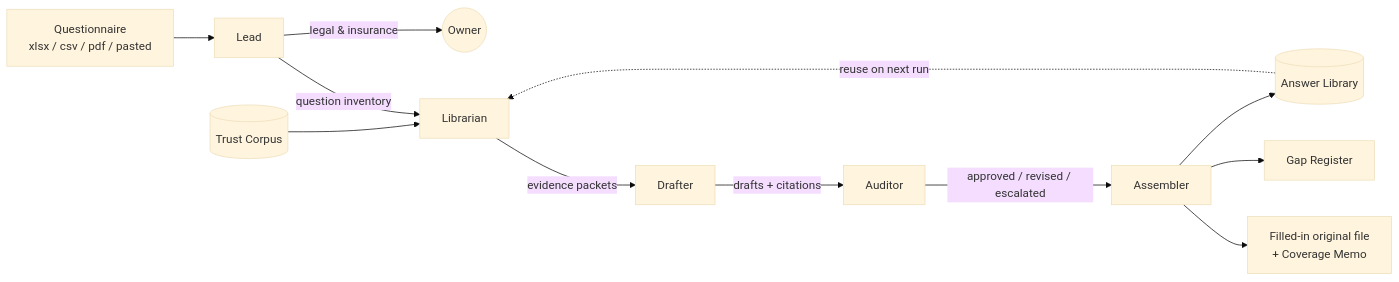
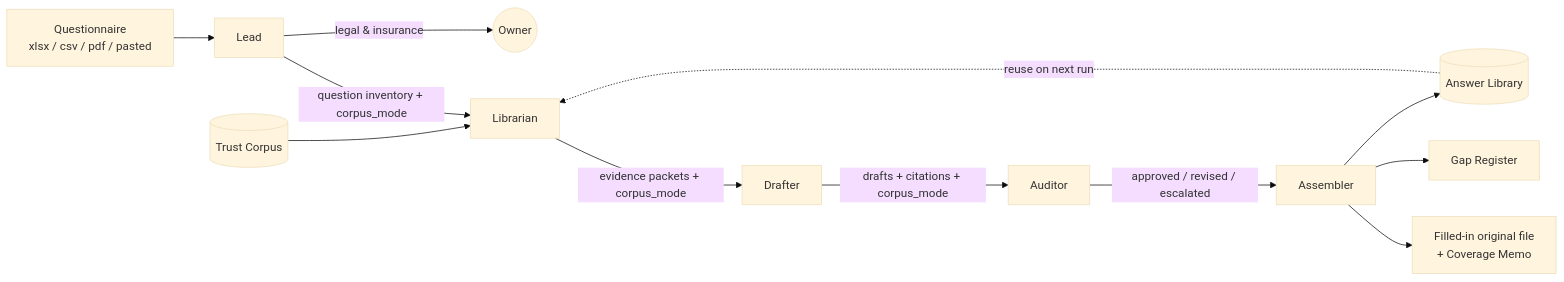
The diagram in agents/README.md (Spiff2600/TrustDeck), drawn with Mermaid (base theme) before and after one commit. The commit also changed other lines of this file and 4 other files, not shown here.

Commit message:
corpus_mode guard: live|demo flag for pipeline (#21)

````diff
--- a/agents/README.md
+++ b/agents/README.md
@@ -10,14 +10,14 @@
 ```mermaid
 flowchart LR
     Q[Questionnaire<br/>xlsx / csv / pdf / pasted] --> Lead
-    Lead -->|question inventory| Librarian
+    Lead -->|question inventory + corpus_mode| Librarian
     Lead -->|legal & insurance| Owner((Owner))
     Corpus[(Trust Corpus)] --> Librarian
-    Librarian -->|evidence packets| Drafter
-    Drafter -->|drafts + citations| Auditor
+    Librarian -->|evidence packets + corpus_mode| Drafter
+    Drafter -->|drafts + citations + corpus_mode| Auditor
     Auditor -->|approved / revised / escalated| Assembler
     Assembler --> Out[Filled-in original file<br/>+ Coverage Memo]
     Assembler --> Gaps[Gap Register]
     Assembler --> Lib[(Answer Library)]
     Lib -.->|reuse on next run| Librarian
 ```
````
